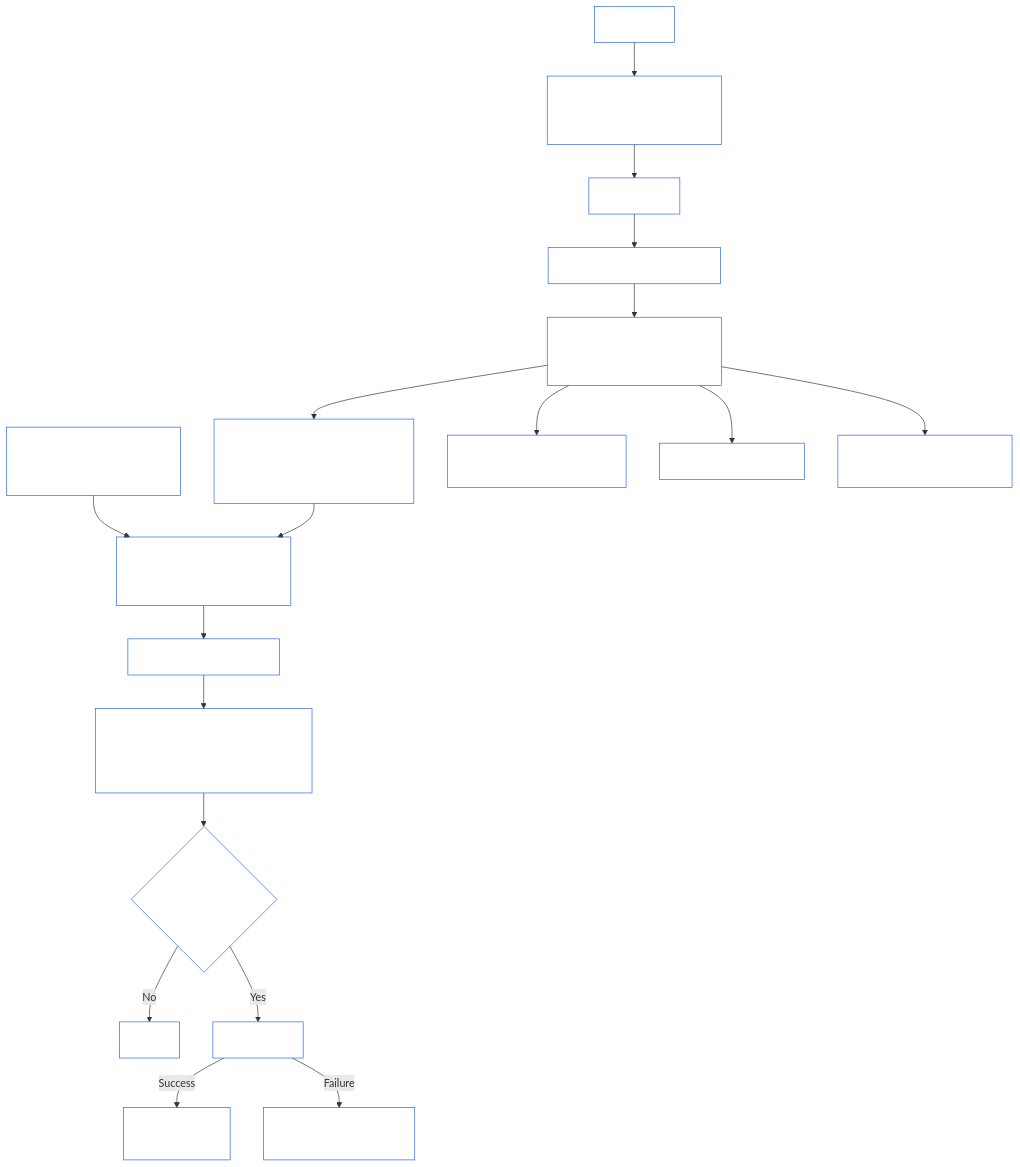
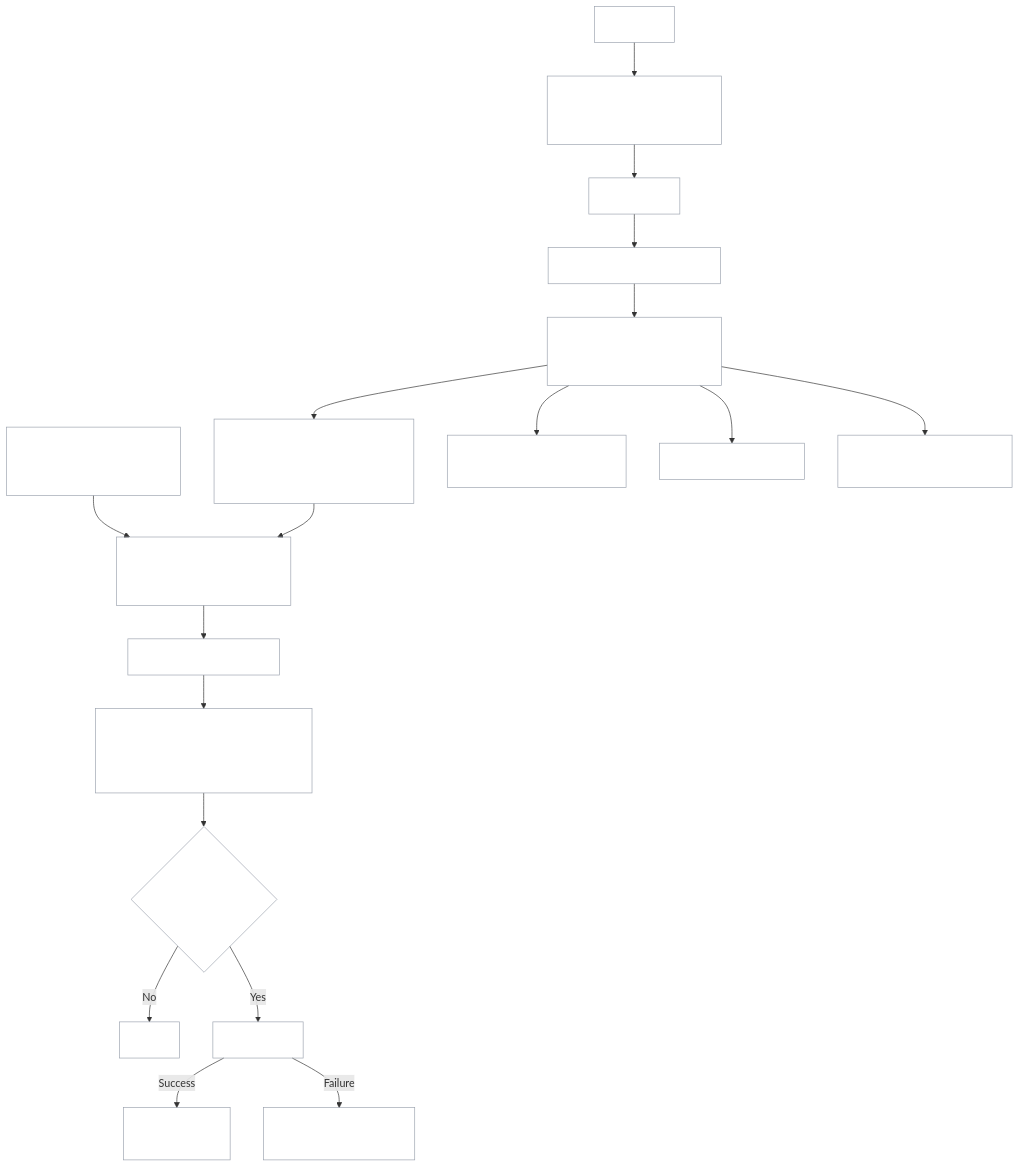
Before and after one commit to AbiDev2003/doctor-booking: the sixth of 7 diagrams in README.md, drawn with Mermaid.

Commit message:
docs: make notifications flowchart borders white

````diff
--- a/README.md
+++ b/README.md
@@ -344,31 +344,31 @@
 ```mermaid
 flowchart TD
   A["Domain Events\n(Booking / Cancel / Reject / Convert / Refund)"] --> B["queueNotification(tx, ...)\nINSERT Notification(PENDING)"]
   B --> C["DB Transaction Commit"]
   C --> D["dispatchNotificationInBackground(id, content)\nsetImmediate → dispatchNotification(id, content)"]
   D --> E{"Exists & status != SENT"}
   E -- "No" --> F["Skip"]
   E -- "Yes" --> G["Call Mailer"]
   G -- "Success" --> H["status = SENT\nsentAt = now"]
   G -- "Failure" --> I["status = FAILED\nerror = truncated(2000)"]
 
   J["server.ts"] --> K["runStartupJobs() before app.listen()\n→ expireStaleHolds()"]
   K --> L["app.listen()"]
   L --> M["startScheduler() after listen()"]
   M --> N["Intervals: 60s (reminders / auto-cancel / hold-expiry)\n5 min (slot generation)"]
   N --> O["sendAppointmentReminders(now)\n(Dedupe by APPOINTMENT_REMINDER, T+lead ± 2m)"]
   N --> P["runAutoCancel(now) → autoCancelAfterSlotEnd(now)"]
   N --> Q["expireStaleHolds(now)"]
   N --> R["runSlotGeneration() → materializeSlots()"]
   O --> B
 
-    classDef hold fill:transparent,stroke:#2f9c3c,stroke-width:1px,color:#fff
-    classDef queue fill:transparent,stroke:#f5a623,stroke-width:1px,color:#fff
-    classDef pay fill:transparent,stroke:#8e24aa,stroke-width:1px,color:#fff
-    classDef book fill:transparent,stroke:#2563eb,stroke-width:1px,color:#fff
-    classDef resched fill:transparent,stroke:#7cb342,stroke-width:1px,color:#fff
-    classDef refund fill:transparent,stroke:#e53935,stroke-width:1px,color:#fff
-    classDef auto fill:transparent,stroke:#616161,stroke-width:1px,color:#fff
-    classDef late fill:transparent,stroke:#fbc02d,stroke-width:1px,color:#fff
+    classDef hold fill:transparent,stroke:#9ca3af,stroke-width:1px,color:#fff
+    classDef queue fill:transparent,stroke:#9ca3af,stroke-width:1px,color:#fff
+    classDef pay fill:transparent,stroke:#9ca3af,stroke-width:1px,color:#fff
+    classDef book fill:transparent,stroke:#9ca3af,stroke-width:1px,color:#fff
+    classDef resched fill:transparent,stroke:#9ca3af,stroke-width:1px,color:#fff
+    classDef refund fill:transparent,stroke:#9ca3af,stroke-width:1px,color:#fff
+    classDef auto fill:transparent,stroke:#9ca3af,stroke-width:1px,color:#fff
+    classDef late fill:transparent,stroke:#9ca3af,stroke-width:1px,color:#fff
     class A,B,C,D,E,F,G,H,I,J,K,L,M,N,O,P,Q,R book
 ```
````
